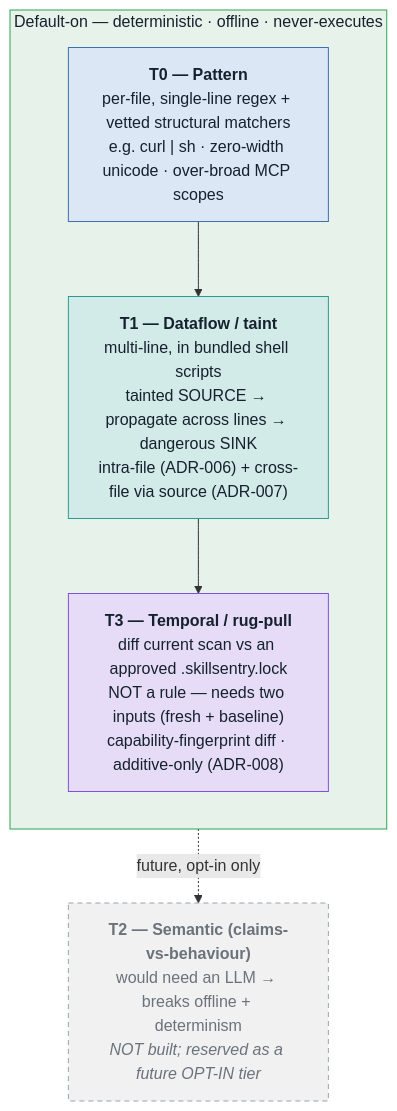
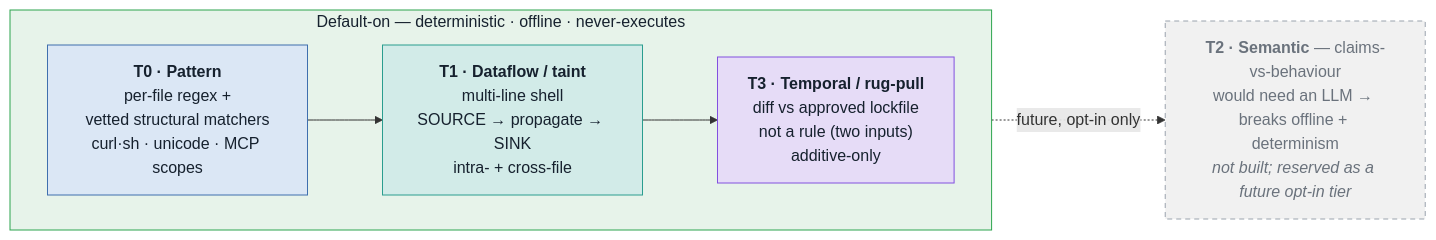
The diagram in doc/guide/diagrams/tier-model.mmd (whatbirdisthat/exosphere), drawn with Mermaid before and after one commit. The commit also changed 26 other files, not shown here.

First line of the commit message:
🎨 docs(diagrams): fix review findings — dark-mode edge labels, oversize, legibility

```diff
--- a/doc/guide/diagrams/tier-model.mmd
+++ b/doc/guide/diagrams/tier-model.mmd
@@ -1,21 +1,20 @@
 %% The detection tiers. Everything default-on stays deterministic + offline + never-executing.
 %% Colour key: blue = pattern · teal = dataflow · purple = temporal · grey/dashed = reserved, unbuilt.
 %% Source: src/core/types.ts (RuleTier), ADR-004/006/007/008
-flowchart TD
+flowchart LR
     subgraph DEFAULT["Default-on — deterministic · offline · never-executes"]
-        direction TB
-        T0["<b>T0 — Pattern</b><br/>per-file, single-line regex + vetted structural matchers<br/>e.g. curl | sh · zero-width unicode · over-broad MCP scopes"]:::core
-        T1["<b>T1 — Dataflow / taint</b><br/>multi-line, in bundled shell scripts<br/>tainted SOURCE → propagate across lines → dangerous SINK<br/>intra-file (ADR-006) + cross-file via source (ADR-007)"]:::io
-        T3["<b>T3 — Temporal / rug-pull</b><br/>diff current scan vs an approved .skillsentry.lock<br/>NOT a rule — needs two inputs (fresh + baseline)<br/>capability-fingerprint diff · additive-only (ADR-008)"]:::accent
+        direction LR
+        T0["<b>T0 · Pattern</b><br/>per-file regex +<br/>vetted structural matchers<br/>curl·sh · unicode · MCP scopes"]:::core
+        T1["<b>T1 · Dataflow / taint</b><br/>multi-line shell<br/>SOURCE → propagate → SINK<br/>intra- + cross-file"]:::io
+        T3["<b>T3 · Temporal / rug-pull</b><br/>diff vs approved lockfile<br/>not a rule (two inputs)<br/>additive-only"]:::accent
+        T0 --> T1 --> T3
     end
 
-    T2["<b>T2 — Semantic (claims-vs-behaviour)</b><br/>would need an LLM → breaks offline + determinism<br/><i>NOT built; reserved as a future OPT-IN tier</i>"]:::off
-
-    T0 --> T1 --> T3
+    T2["<b>T2 · Semantic</b> — claims-vs-behaviour<br/>would need an LLM → breaks offline + determinism<br/><i>not built; reserved as a future opt-in tier</i>"]:::off
     T3 -.->|"future, opt-in only"| T2
 
     classDef core fill:#dbe7f5,stroke:#3f6fae,color:#16212e;
     classDef io fill:#d2ebe8,stroke:#2a9d8f,color:#16212e;
     classDef accent fill:#e6dcf7,stroke:#8250df,color:#16212e;
     classDef off fill:#f1f1f1,stroke:#9aa3ad,color:#6a727c,stroke-dasharray:5 4;
     style DEFAULT fill:#e7f3ea,stroke:#2da44e,color:#16212e;
```
